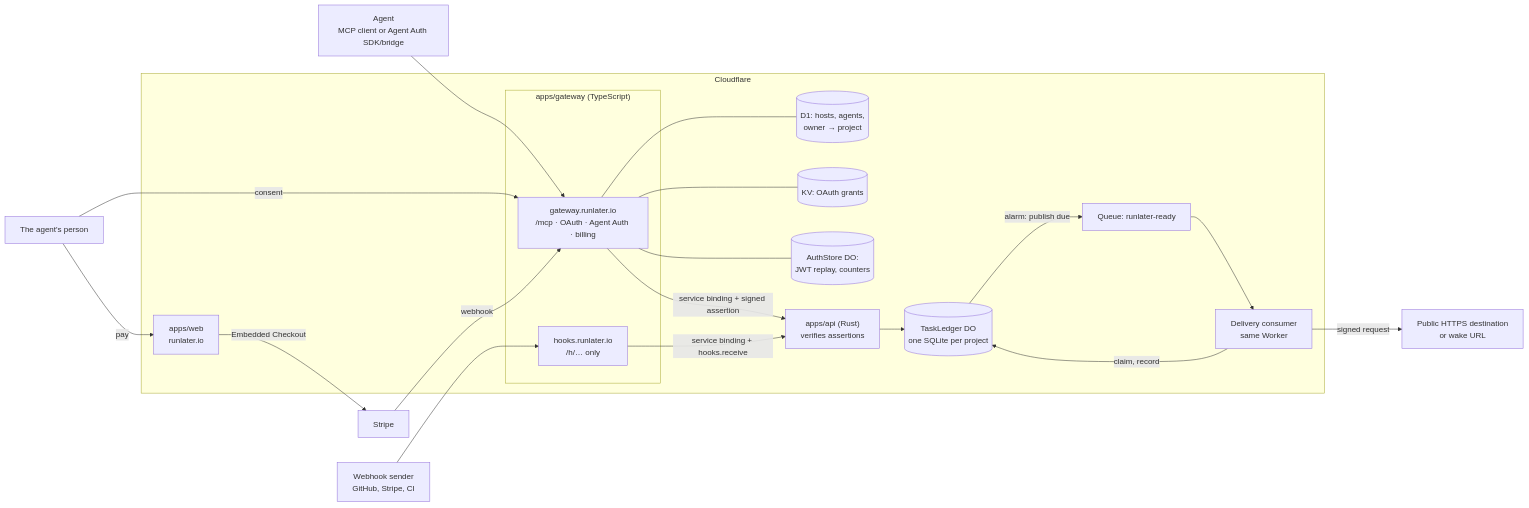
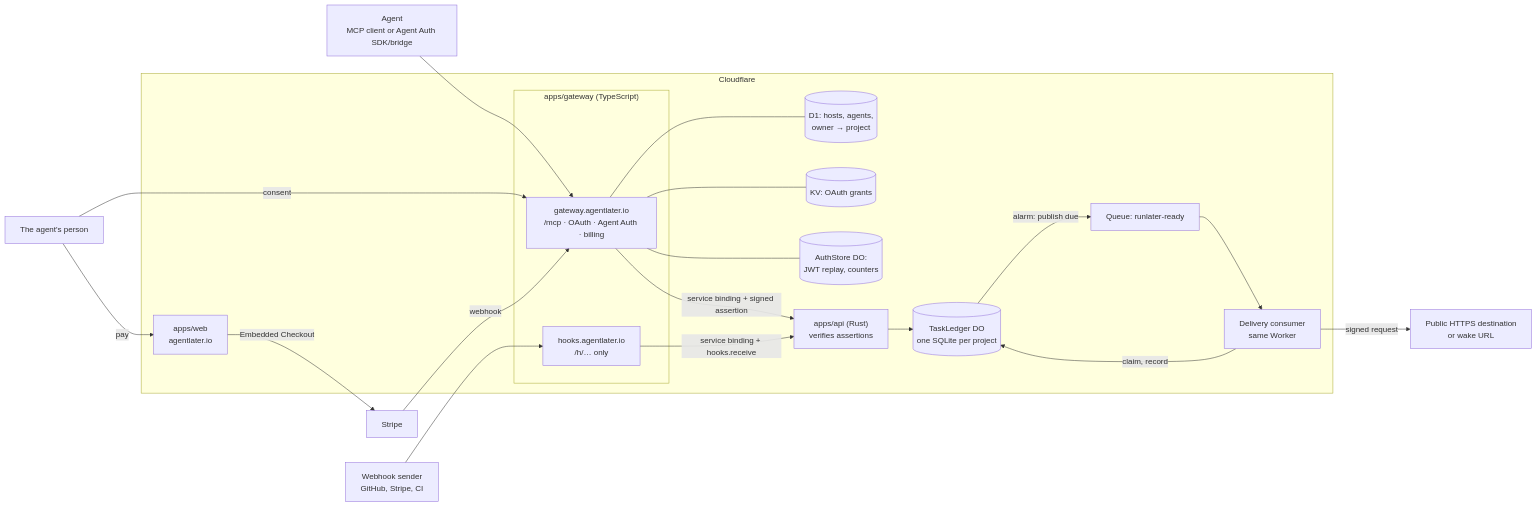
The diagram in docs/spec/ARCHITECTURE.md (thachp/agentlater), drawn with Mermaid before and after one commit. The commit also changed other lines of this file and 52 other files, not shown here.

First line of the commit message:
Make AgentLater the public name and agentlater.io primary (#163)

````diff
--- a/docs/spec/ARCHITECTURE.md
+++ b/docs/spec/ARCHITECTURE.md
@@ -19,40 +19,40 @@
 ```mermaid
 flowchart LR
     Agent["Agent<br/>MCP client or Agent Auth SDK/bridge"]
     Sender["Webhook sender<br/>GitHub, Stripe, CI"]
     Person["The agent's person"]
     Stripe["Stripe"]
     Dest["Public HTTPS destination<br/>or wake URL"]
 
     subgraph CF["Cloudflare"]
-        Web["apps/web<br/>runlater.io"]
+        Web["apps/web<br/>agentlater.io"]
         subgraph GWW["apps/gateway (TypeScript)"]
-            GW["gateway.runlater.io<br/>/mcp · OAuth · Agent Auth · billing"]
-            HK["hooks.runlater.io<br/>/h/… only"]
+            GW["gateway.agentlater.io<br/>/mcp · OAuth · Agent Auth · billing"]
+            HK["hooks.agentlater.io<br/>/h/… only"]
         end
         ID[("D1: hosts, agents,<br/>owner → project")]
         KV[("KV: OAuth grants")]
         AS[("AuthStore DO:<br/>JWT replay, counters")]
         API["apps/api (Rust)<br/>verifies assertions"]
         DO[("TaskLedger DO<br/>one SQLite per project")]
         Q["Queue: runlater-ready"]
         C["Delivery consumer<br/>same Worker"]
     end
 
     Agent --> GW
     Sender --> HK
     Person -->|consent| GW
     Person -->|pay| Web
     Web -->|Embedded Checkout| Stripe
     Stripe -->|webhook| GW
     GW --- ID
     GW --- KV
     GW --- AS
     GW -->|service binding + signed assertion| API
     HK -->|service binding + hooks.receive| API
     API --> DO
     DO -->|alarm: publish due| Q
     Q --> C
     C -->|claim, record| DO
     C -->|signed request| Dest
 ```
````
